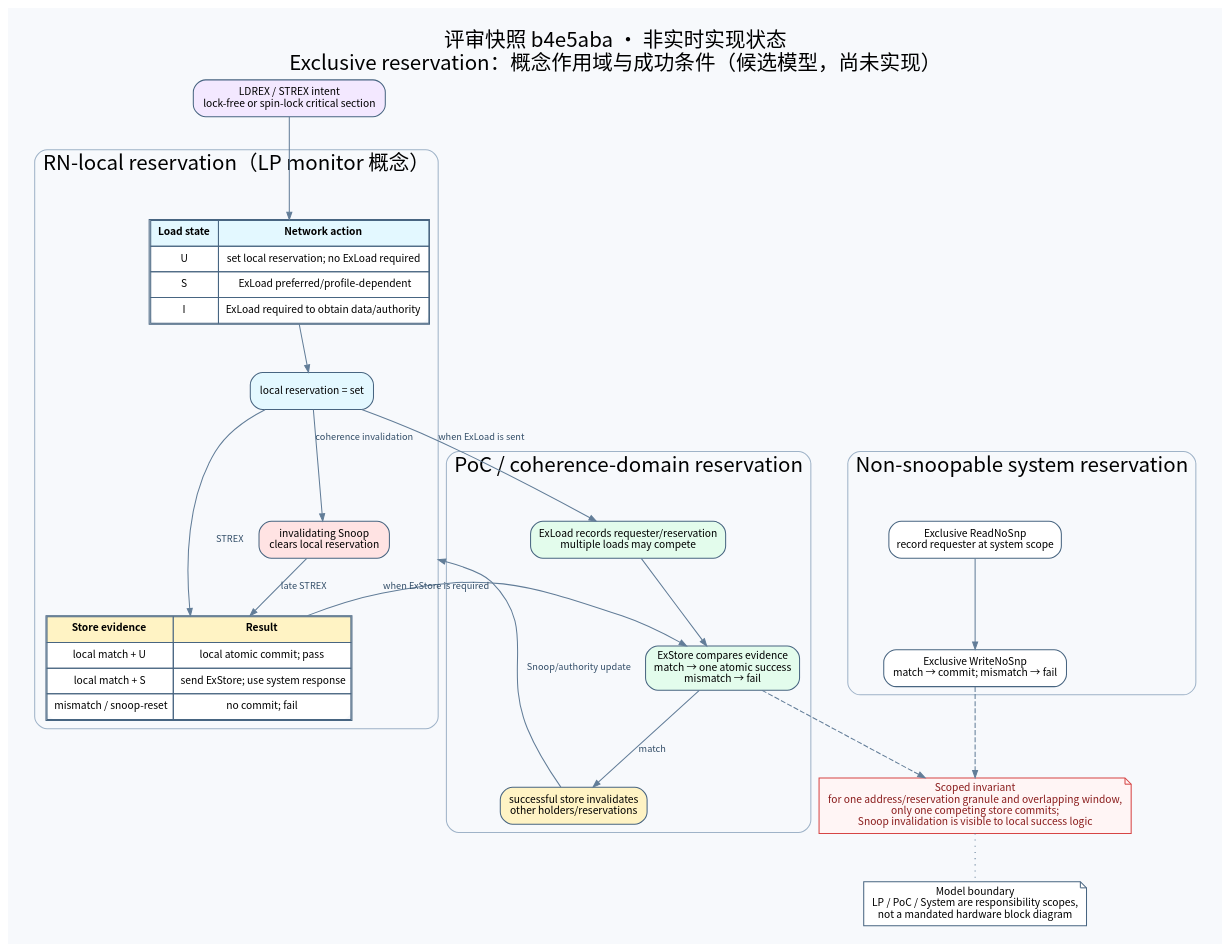
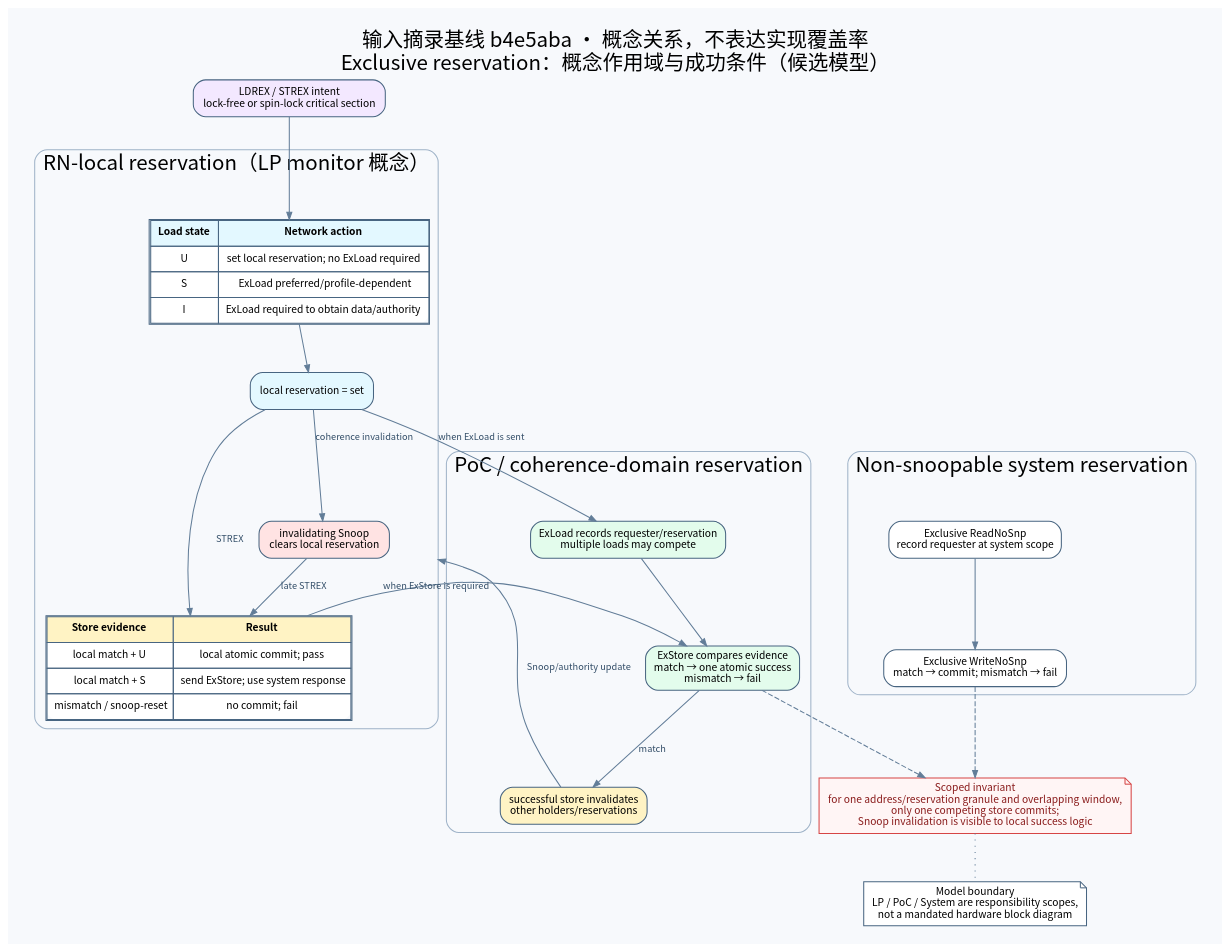
The diagram in docs/reviews/assets/chi-injected-flow-digest/exclusive-monitors.dot (WhiteDeerPro/PROTOCOL_MODEL), drawn with Graphviz before and after one commit. The commit also changed 20 other files, not shown here.

```diff
--- a/docs/reviews/assets/chi-injected-flow-digest/exclusive-monitors.dot
+++ b/docs/reviews/assets/chi-injected-flow-digest/exclusive-monitors.dot
@@ -1,127 +1,127 @@
 digraph chi_exclusive_monitors {
   graph [
     rankdir=TB,
     bgcolor="#f7f9fc",
     pad=0.25,
     nodesep=0.42,
     ranksep=0.62,
     compound=true,
     fontname="Noto Sans CJK SC",
-    label="评审快照 b4e5aba · 非实时实现状态\nExclusive reservation：概念作用域与成功条件（候选模型，尚未实现）",
+    label="输入摘录基线 b4e5aba · 概念关系，不表达实现覆盖率\nExclusive reservation：概念作用域与成功条件（候选模型）",
     labelloc=t,
     fontsize=20
   ];
   node [
     shape=box,
     style="rounded,filled",
     color="#486581",
     fillcolor="#ffffff",
     fontname="Noto Sans CJK SC",
     fontsize=10,
     margin="0.12,0.07"
   ];
   edge [
     color="#627d98",
     fontcolor="#334e68",
     fontname="Noto Sans CJK SC",
     fontsize=9,
     arrowsize=0.7
   ];
 
   app [
     fillcolor="#f3e8ff",
     label="LDREX / STREX intent\nlock-free or spin-lock critical section"
   ];
 
   subgraph cluster_local {
     label="RN-local reservation（LP monitor 概念）";
     color="#9fb3c8";
     style="rounded";
 
     load_table [
       shape=plain,
       label=<
         <TABLE BORDER="1" CELLBORDER="1" CELLSPACING="0" CELLPADDING="6">
           <TR><TD BGCOLOR="#E3F8FF"><B>Load state</B></TD><TD BGCOLOR="#E3F8FF"><B>Network action</B></TD></TR>
           <TR><TD>U</TD><TD>set local reservation; no ExLoad required</TD></TR>
           <TR><TD>S</TD><TD>ExLoad preferred/profile-dependent</TD></TR>
           <TR><TD>I</TD><TD>ExLoad required to obtain data/authority</TD></TR>
         </TABLE>
       >
     ];
     local_res [fillcolor="#e3f8ff", label="local reservation = set"];
     snp_reset [
       fillcolor="#ffe3e3",
       label="invalidating Snoop\nclears local reservation"
     ];
     store_table [
       shape=plain,
       label=<
         <TABLE BORDER="1" CELLBORDER="1" CELLSPACING="0" CELLPADDING="6">
           <TR><TD BGCOLOR="#FFF3C4"><B>Store evidence</B></TD><TD BGCOLOR="#FFF3C4"><B>Result</B></TD></TR>
           <TR><TD>local match + U</TD><TD>local atomic commit; pass</TD></TR>
           <TR><TD>local match + S</TD><TD>send ExStore; use system response</TD></TR>
           <TR><TD>mismatch / snoop-reset</TD><TD>no commit; fail</TD></TR>
         </TABLE>
       >
     ];
 
     load_table -> local_res;
     local_res -> snp_reset [label="coherence invalidation"];
     local_res -> store_table [label="STREX"];
     snp_reset -> store_table [label="late STREX"];
   }
 
   subgraph cluster_poc {
     label="PoC / coherence-domain reservation";
     color="#9fb3c8";
     style="rounded";
 
     poc_load [
       fillcolor="#e3fcec",
       label="ExLoad records requester/reservation\nmultiple loads may compete"
     ];
     poc_store [
       fillcolor="#e3fcec",
       label="ExStore compares evidence\nmatch → one atomic success\nmismatch → fail"
     ];
     invalidate_others [
       fillcolor="#fff3c4",
       label="successful store invalidates\nother holders/reservations"
     ];
 
     poc_load -> poc_store;
     poc_store -> invalidate_others [label="match"];
   }
 
   subgraph cluster_system {
     label="Non-snoopable system reservation";
     color="#9fb3c8";
     style="rounded";
 
     sys_load [label="Exclusive ReadNoSnp\nrecord requester at system scope"];
     sys_store [label="Exclusive WriteNoSnp\nmatch → commit; mismatch → fail"];
     sys_load -> sys_store;
   }
 
   outcome [
     shape=note,
     fillcolor="#fff5f5",
     color="#d64545",
     fontcolor="#8a1c1c",
     label="Scoped invariant\nfor one address/reservation granule and overlapping window,\nonly one competing store commits;\nSnoop invalidation is visible to local success logic"
   ];
   boundary [
     shape=note,
     fillcolor="#ffffff",
     label="Model boundary\nLP / PoC / System are responsibility scopes,\nnot a mandated hardware block diagram"
   ];
 
   app -> load_table;
   local_res -> poc_load [label="when ExLoad is sent"];
   store_table -> poc_store [label="when ExStore is required"];
   invalidate_others -> snp_reset [label="Snoop/authority update", lhead=cluster_local];
   poc_store -> outcome [style=dashed];
   sys_store -> outcome [style=dashed];
   outcome -> boundary [style=dotted, arrowhead=none];
 }
```
